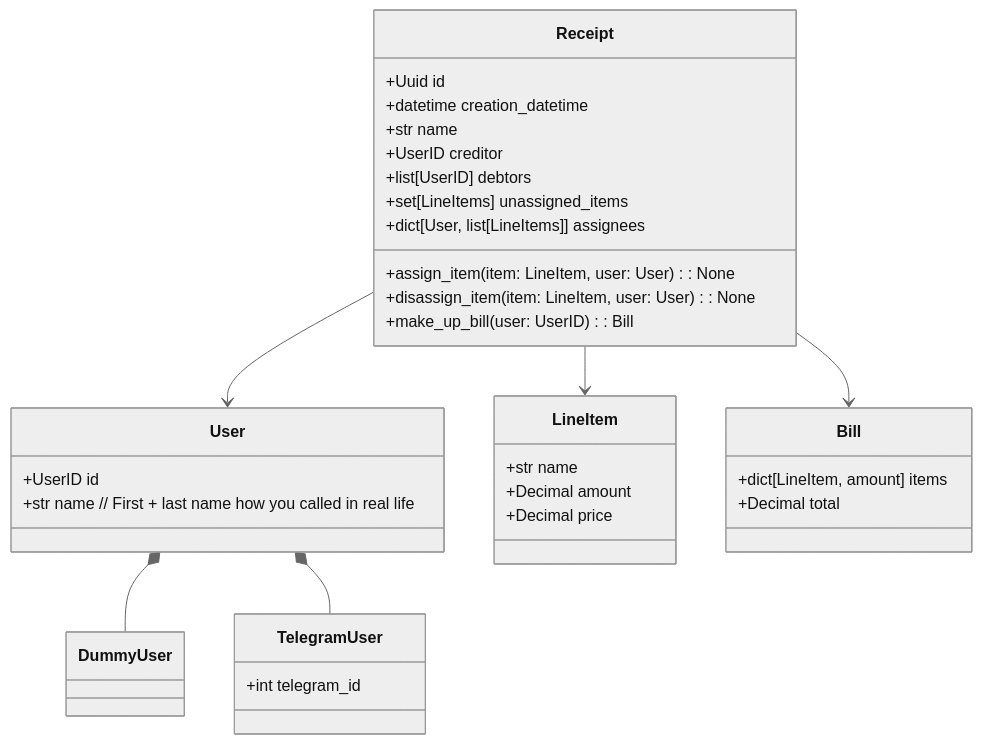
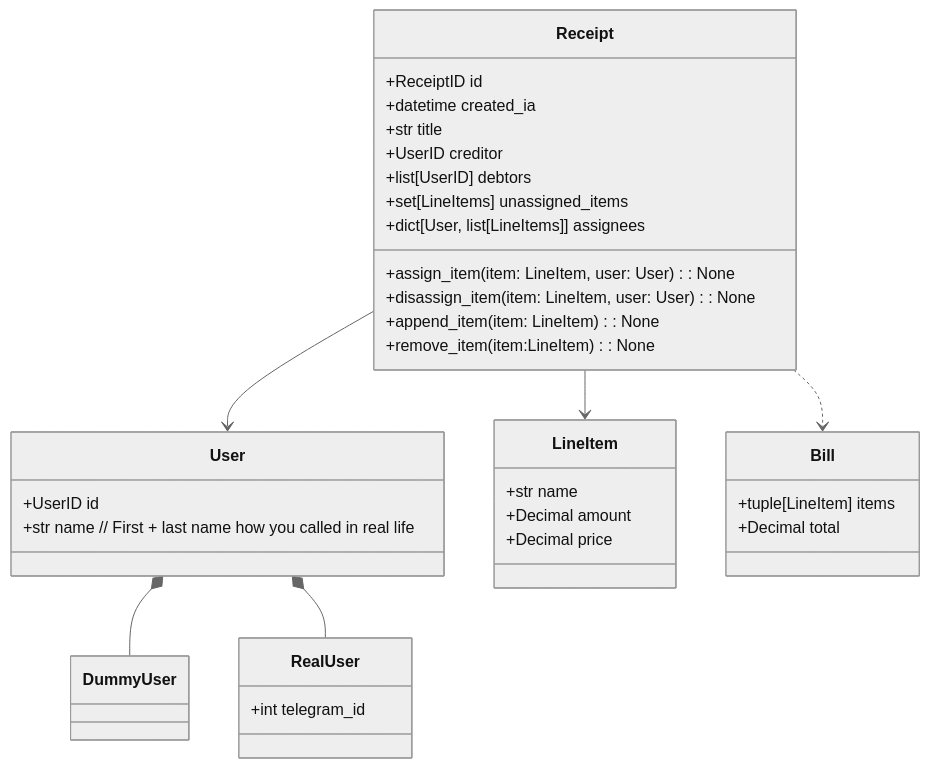
Before and after one commit to BeaverNotACat/receipt-splitting-bot: the diagram in docs/domain_models.md, drawn with Mermaid (neutral theme). The commit also changed 24 other files, not shown here.

````diff
--- a/docs/domain_models.md
+++ b/docs/domain_models.md
@@ -1,50 +1,51 @@
 ```mermaid
 classDiagram
     class Receipt{
-	    +Uuid id
-	    +datetime creation_datetime
-	    +str name 
+	    +ReceiptID id
+	    +datetime created_ia
+	    +str title 
 
 	    +UserID creditor
 	    +list[UserID] debtors
 
 	    +set[LineItems] unassigned_items
 	    +dict[User, list[LineItems]] assignees
 
 	    +assign_item(item: LineItem, user: User): None
 	    +disassign_item(item: LineItem, user: User): None
-	    +make_up_bill(user: UserID): Bill
+	    +append_item(item: LineItem): None
+	    +remove_item(item:LineItem): None
     }
     Receipt --> User
     Receipt --> LineItem
-    Receipt --> Bill
+    Receipt ..> Bill
 
 
     class User {
     	+UserID id
         +str name // First + last name how you called in real life
     }
     User *-- DummyUser
-    User *-- TelegramUser
+    User *-- RealUser
 
 
 	class DummyUser
 
 
-	class TelegramUser{
+	class RealUser{
         +int telegram_id
     }
 
 
     class LineItem{
 	    +str name
 	    +Decimal amount
 	    +Decimal price
     }
 
 
     class Bill{
-	    +dict[LineItem, amount] items
+	    +tuple[LineItem] items
 	    +Decimal total
     }
 ```
````
